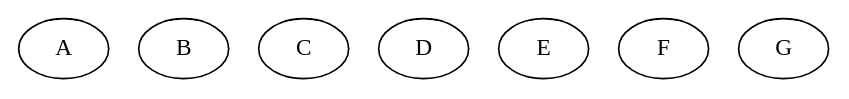
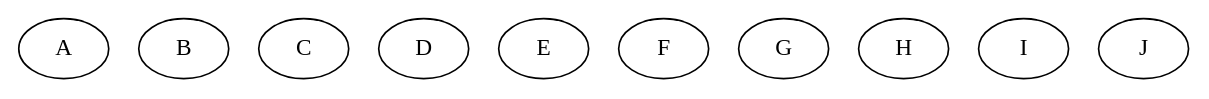
The diagram in test.dot (caco26i/IO-S2-2018), drawn with Graphviz before and after one commit. The commit also changed 5 other files, not shown here.

```diff
--- a/test.dot
+++ b/test.dot
@@ -1,9 +1,12 @@
 digraph G {
 "A"
 "B"
 "C"
 "D"
 "E"
 "F"
 "G"
+"H"
+"I"
+"J"
 }
```
